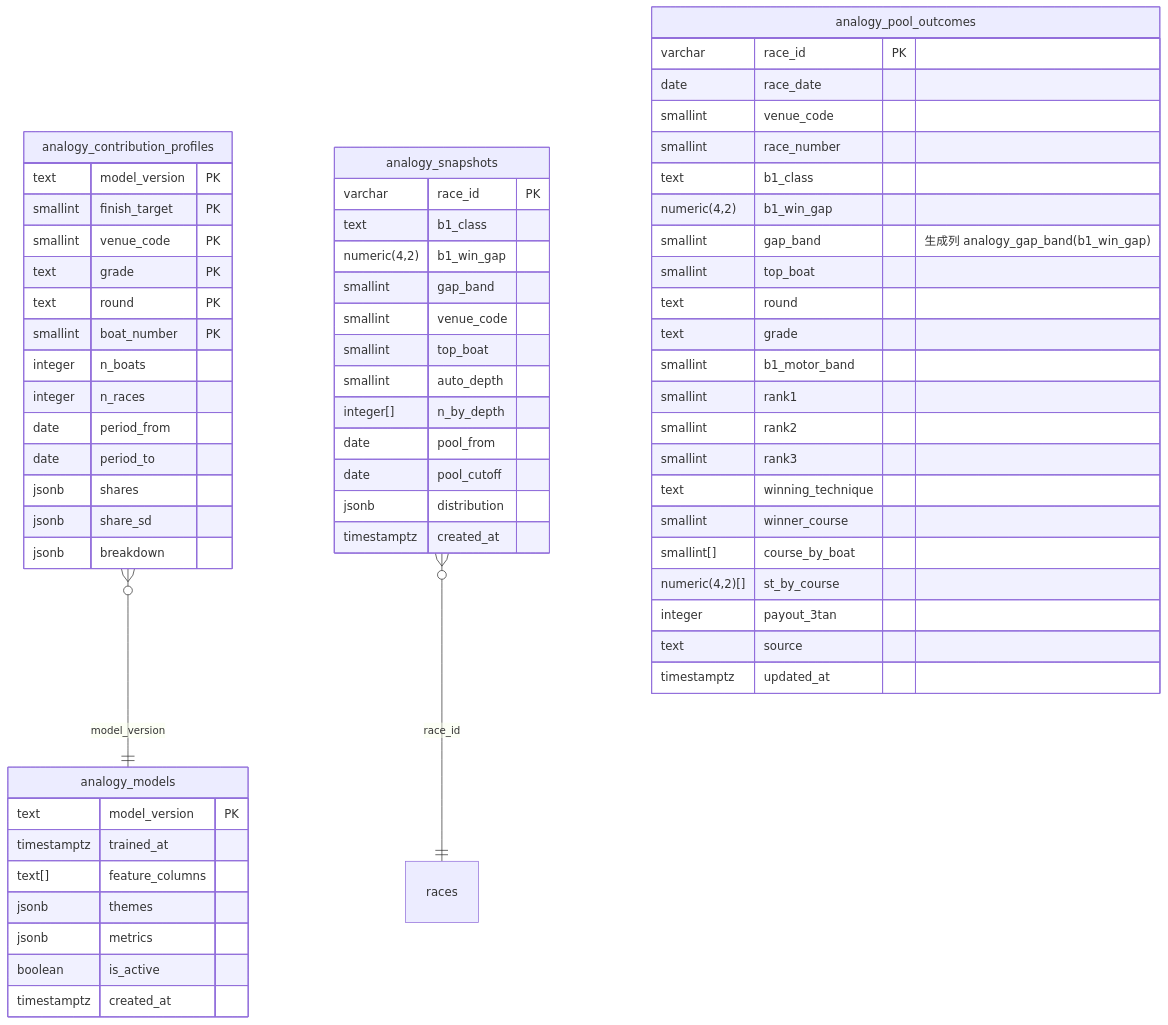
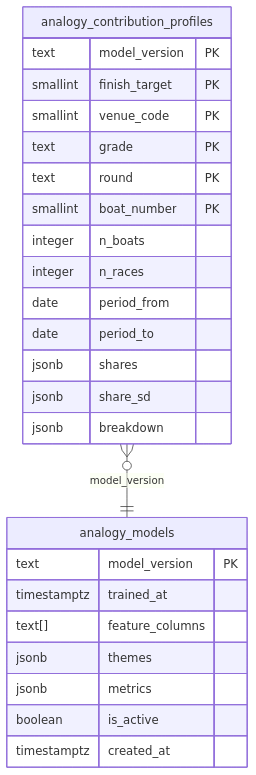
The second of 3 diagrams in docs/design/analogy-finder/plan.md (rhapsody0919/boatrace-ai-predictor), drawn with Mermaid before and after one commit. The commit also changed other lines of this file and 3 other files, not shown here.

````diff
--- a/docs/design/analogy-finder/plan.md
+++ b/docs/design/analogy-finder/plan.md
@@ -156,66 +157,28 @@
 ```mermaid
 erDiagram
     analogy_contribution_profiles }o--|| analogy_models : "model_version"
-    analogy_snapshots }o--|| races : "race_id"
     analogy_models {
         text model_version PK
         timestamptz trained_at
         text[] feature_columns
         jsonb themes
         jsonb metrics
         boolean is_active
         timestamptz created_at
     }
     analogy_contribution_profiles {
         text model_version PK
         smallint finish_target PK
         smallint venue_code PK
         text grade PK
         text round PK
         smallint boat_number PK
         integer n_boats
         integer n_races
         date period_from
         date period_to
         jsonb shares
         jsonb share_sd
         jsonb breakdown
     }
-    analogy_pool_outcomes {
-        varchar race_id PK
-        date race_date
-        smallint venue_code
-        smallint race_number
-        text b1_class
-        numeric(4,2) b1_win_gap
-        smallint gap_band "生成列 analogy_gap_band(b1_win_gap)"
-        smallint top_boat
-        text round
-        text grade
-        smallint b1_motor_band
-        smallint rank1
-        smallint rank2
-        smallint rank3
-        text winning_technique
-        smallint winner_course
-        smallint[] course_by_boat
-        numeric(4,2)[] st_by_course
-        integer payout_3tan
-        text source
-        timestamptz updated_at
-    }
-    analogy_snapshots {
-        varchar race_id PK
-        text b1_class
-        numeric(4,2) b1_win_gap
-        smallint gap_band
-        smallint venue_code
-        smallint top_boat
-        smallint auto_depth
-        integer[] n_by_depth
-        date pool_from
-        date pool_cutoff
-        jsonb distribution
-        timestamptz created_at
-    }
 ```
````
